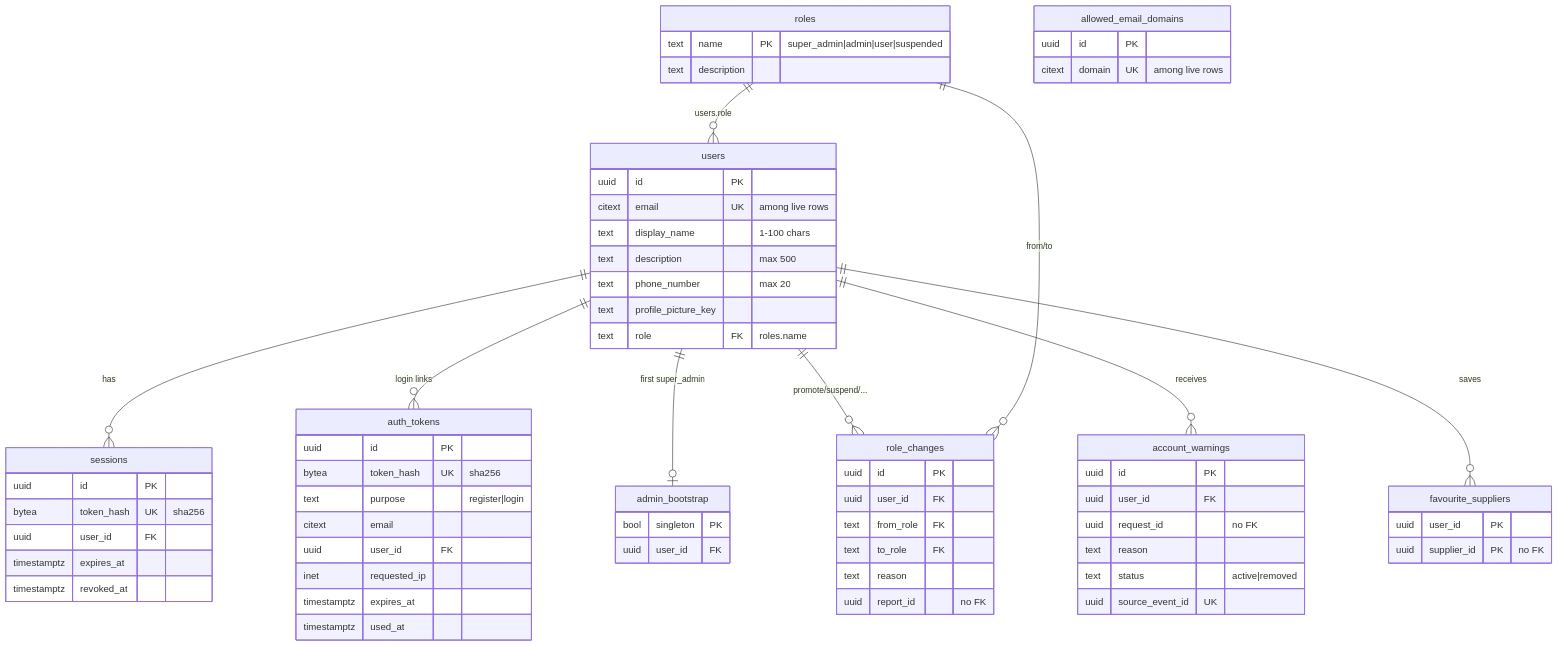
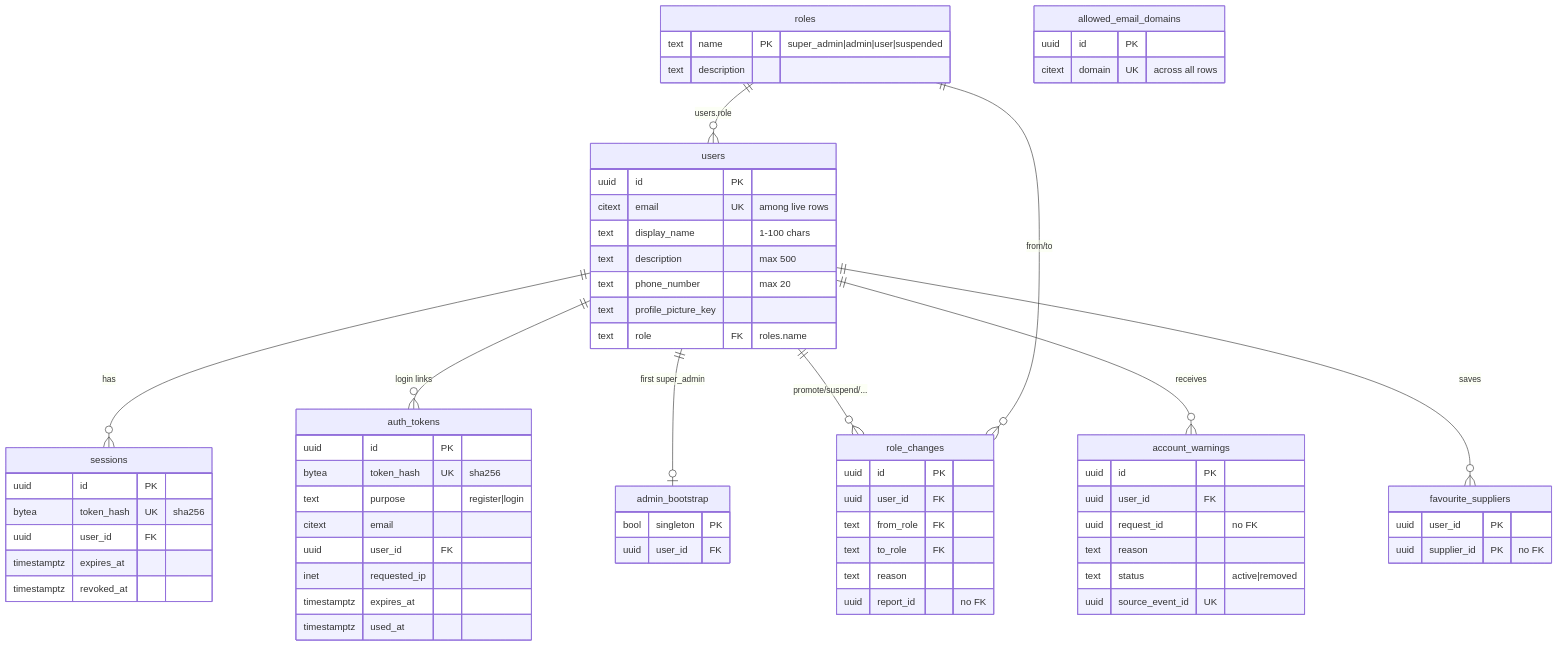
Before and after one commit to AY2627S1-CS3219-P1/FoC: the diagram in user-service/docs/schema.md, drawn with Mermaid. The commit also changed other lines of this file and 63 other files, not shown here.

````diff
--- a/user-service/docs/schema.md
+++ b/user-service/docs/schema.md
@@ -10,70 +10,70 @@
 ```mermaid
 erDiagram
     roles ||--o{ users : "users.role"
     users ||--o{ sessions : has
     users ||--o{ auth_tokens : "login links"
     users ||--o| admin_bootstrap : "first super_admin"
     users ||--o{ role_changes : "promote/suspend/..."
     roles ||--o{ role_changes : "from/to"
     users ||--o{ account_warnings : receives
     users ||--o{ favourite_suppliers : saves
 
     users {
         uuid id PK
         citext email UK "among live rows"
         text display_name "1-100 chars"
         text description "max 500"
         text phone_number "max 20"
         text profile_picture_key
         text role FK "roles.name"
     }
     roles {
         text name PK "super_admin|admin|user|suspended"
         text description
     }
     admin_bootstrap {
         bool singleton PK
         uuid user_id FK
     }
     allowed_email_domains {
         uuid id PK
-        citext domain UK "among live rows"
+        citext domain UK "across all rows"
     }
     auth_tokens {
         uuid id PK
         bytea token_hash UK "sha256"
         text purpose "register|login"
         citext email
         uuid user_id FK
         inet requested_ip
         timestamptz expires_at
         timestamptz used_at
     }
     sessions {
         uuid id PK
         bytea token_hash UK "sha256"
         uuid user_id FK
         timestamptz expires_at
         timestamptz revoked_at
     }
     role_changes {
         uuid id PK
         uuid user_id FK
         text from_role FK
         text to_role FK
         text reason
         uuid report_id "no FK"
     }
     account_warnings {
         uuid id PK
         uuid user_id FK
         uuid request_id "no FK"
         text reason
         text status "active|removed"
         uuid source_event_id UK
     }
     favourite_suppliers {
         uuid user_id PK
         uuid supplier_id PK "no FK"
     }
 ```
````
